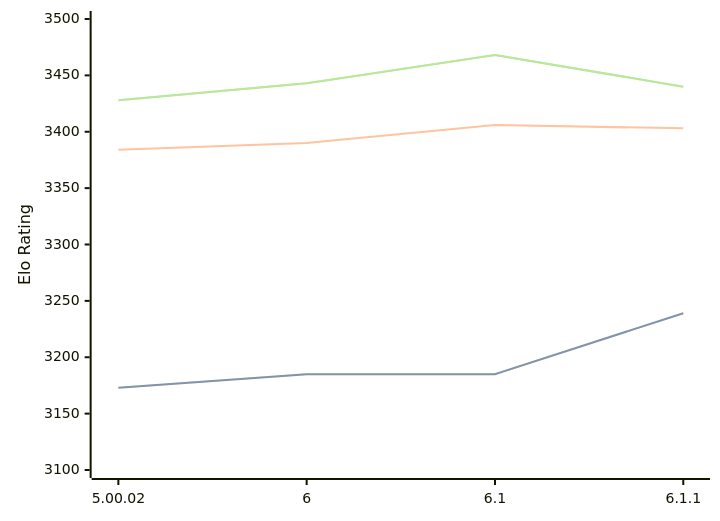
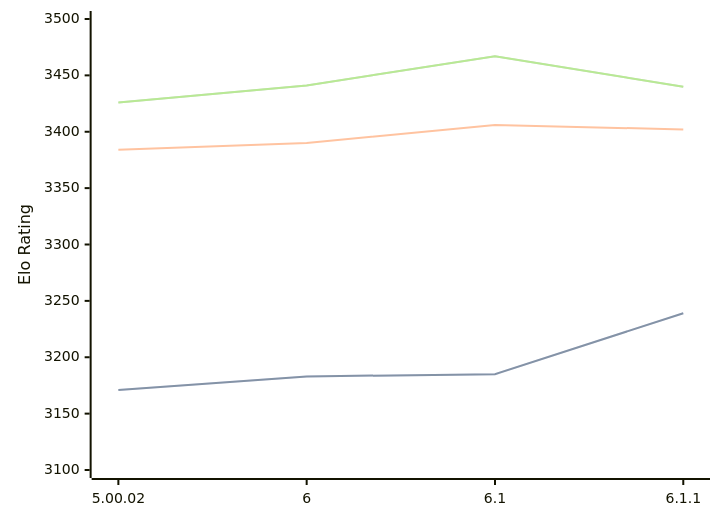
One commit to computer-chess-index/cci changed the diagram in engines/Zangdar.md. Above: the diagram before and after it, drawn with Mermaid. The commit also changed other lines of this file, not shown here.

Commit message:
Update CCI Ratings (ELO VLTC) - 2026-03-15

````diff
--- a/engines/Zangdar.md
+++ b/engines/Zangdar.md
@@ -44,11 +44,11 @@
 ```mermaid
 %%{init: {"theme":"base","themeVariables":{"seriesColors:['#a3a3a3','#222221','#faa371']}}}%%
 xychart-beta
   x-axis ["5.00.02", "6", "6.1", "6.1.1"]
   y-axis "Elo Rating" 3100 --> 3500
-  line "STC (8.0+0.08s)" [3173, 3185, 3185, 3239]
-  line "STC (8.0+0.08s)" [3173, 3185, 3185, 3239]
-  line "LTC (60.0+0.60s)" [3384, 3390, 3406, 3403]
-  line "VLTC (2m24s+1.12s)" [3428, 3443, 3468, 3440]
-  line "VLTC (2m24s+1.12s)" [3428, 3443, 3468, 3440]
+  line "STC (8.0+0.08s)" [3171, 3183, 3185, 3239]
+  line "STC (8.0+0.08s)" [3171, 3183, 3185, 3239]
+  line "LTC (60.0+0.60s)" [3384, 3390, 3406, 3402]
+  line "VLTC (2m24s+1.12s)" [3426, 3441, 3467, 3440]
+  line "VLTC (2m24s+1.12s)" [3426, 3441, 3467, 3440]
 ```
````
